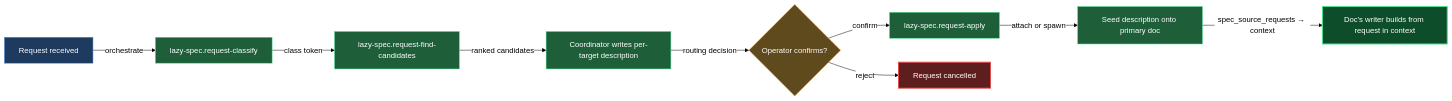
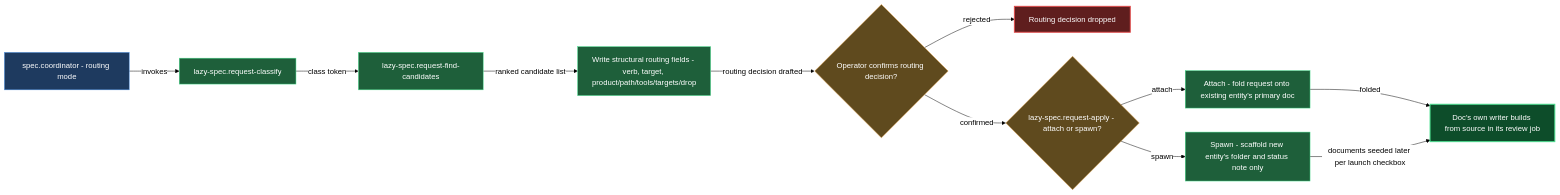
The diagram in claude/lazycortex-specs/help/requests.md (mebius-san/lazy-cortex), drawn with Mermaid before and after one commit. The commit also changed other lines of this file and 42 other files, not shown here.

````diff
--- a/claude/lazycortex-specs/help/requests.md
+++ b/claude/lazycortex-specs/help/requests.md
@@ -70,38 +69,41 @@
 ```mermaid
 %%{init: {'themeVariables':{'background':'transparent','lineColor':'#000','textColor':'#000','edgeLabelBackground':'#fff'},'themeCSS':'.edgeLabel{background-color:transparent!important}.edgeLabel p{background-color:transparent!important}','flowchart':{'diagramPadding':5,'useMaxWidth':true}}}%%
 flowchart LR
-  requestReceived[Request received]
-  classifyRequest[lazy-spec.request-classify]
-  findCandidates[lazy-spec.request-find-candidates]
-  writeDescription[Coordinator writes per-target description]
-  operatorConfirm{Operator confirms?}
-  applyWorker[lazy-spec.request-apply]
-  seedDoc[Seed description onto primary doc]
-  writerBuilds[Doc's writer builds from request in context]
-  requestCancelled[Request cancelled]
+  specCoordinatorRoutingMode["spec.coordinator - routing mode"]
+  requestClassify["lazy-spec.request-classify"]
+  requestFindCandidates["lazy-spec.request-find-candidates"]
+  writeRoutingFields["Write structural routing fields - verb, target, product/path/tools/targets/drop"]
+  operatorConfirms{"Operator confirms routing decision?"}
+  requestDropped["Routing decision dropped"]
+  requestApply{"lazy-spec.request-apply - attach or spawn?"}
+  attachToPrimaryDoc["Attach - fold request onto existing entity's primary doc"]
+  spawnNewEntity["Spawn - scaffold new entity's folder and status note only"]
+  writerBuildsFromSource["Doc's own writer builds from source in its review job"]
 
-  requestReceived -->|orchestrate| classifyRequest
-  classifyRequest -->|class token| findCandidates
-  findCandidates -->|ranked candidates| writeDescription
-  writeDescription -->|routing decision| operatorConfirm
-  operatorConfirm -->|confirm| applyWorker
-  operatorConfirm -->|reject| requestCancelled
-  applyWorker -->|attach or spawn| seedDoc
-  seedDoc -->|spec_source_requests → context| writerBuilds
+  specCoordinatorRoutingMode -->|invokes| requestClassify
+  requestClassify -->|class token| requestFindCandidates
+  requestFindCandidates -->|ranked candidate list| writeRoutingFields
+  writeRoutingFields -->|routing decision drafted| operatorConfirms
+  operatorConfirms -->|rejected| requestDropped
+  operatorConfirms -->|confirmed| requestApply
+  requestApply -->|attach| attachToPrimaryDoc
+  requestApply -->|spawn| spawnNewEntity
+  attachToPrimaryDoc -->|folded| writerBuildsFromSource
+  spawnNewEntity -->|documents seeded later per launch checkbox| writerBuildsFromSource
 
   classDef entry fill:#1e3a5f,stroke:#4a90e2,color:#fff
   classDef guard fill:#5f4a1e,stroke:#e2a14a,color:#fff
   classDef action fill:#1e5f3a,stroke:#4ae290,color:#fff
   classDef success fill:#0d4d2a,stroke:#4ae290,color:#fff,stroke-width:2px
   classDef error fill:#5f1e1e,stroke:#e24a4a,color:#fff,stroke-width:2px
-
-  class requestReceived entry
-  class classifyRequest action
-  class findCandidates action
-  class writeDescription action
-  class operatorConfirm guard
-  class applyWorker action
-  class seedDoc action
-  class writerBuilds success
-  class requestCancelled error
+  class specCoordinatorRoutingMode entry
+  class requestClassify action
+  class requestFindCandidates action
+  class writeRoutingFields action
+  class operatorConfirms guard
+  class requestApply guard
+  class attachToPrimaryDoc action
+  class spawnNewEntity action
+  class writerBuildsFromSource success
+  class requestDropped error
 ```
````
